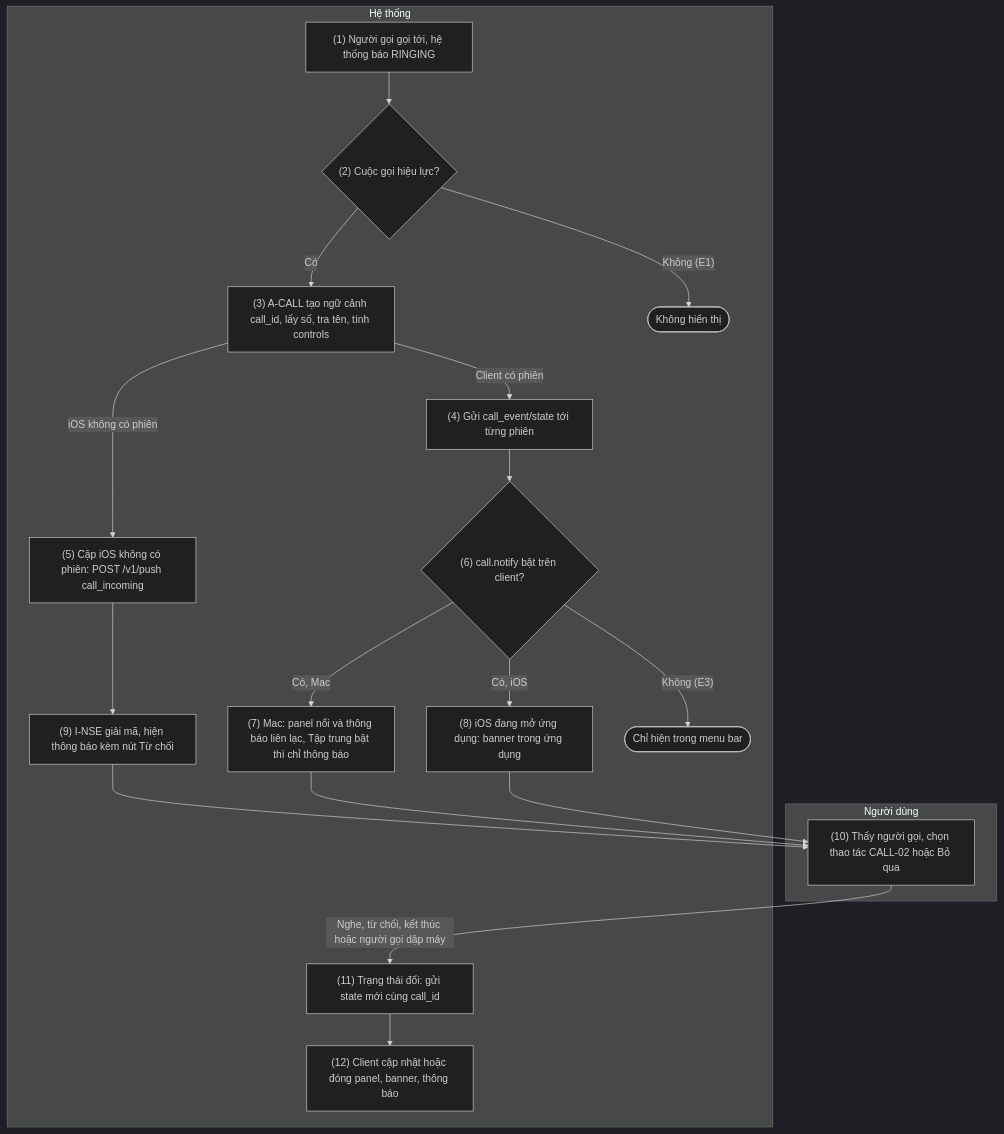
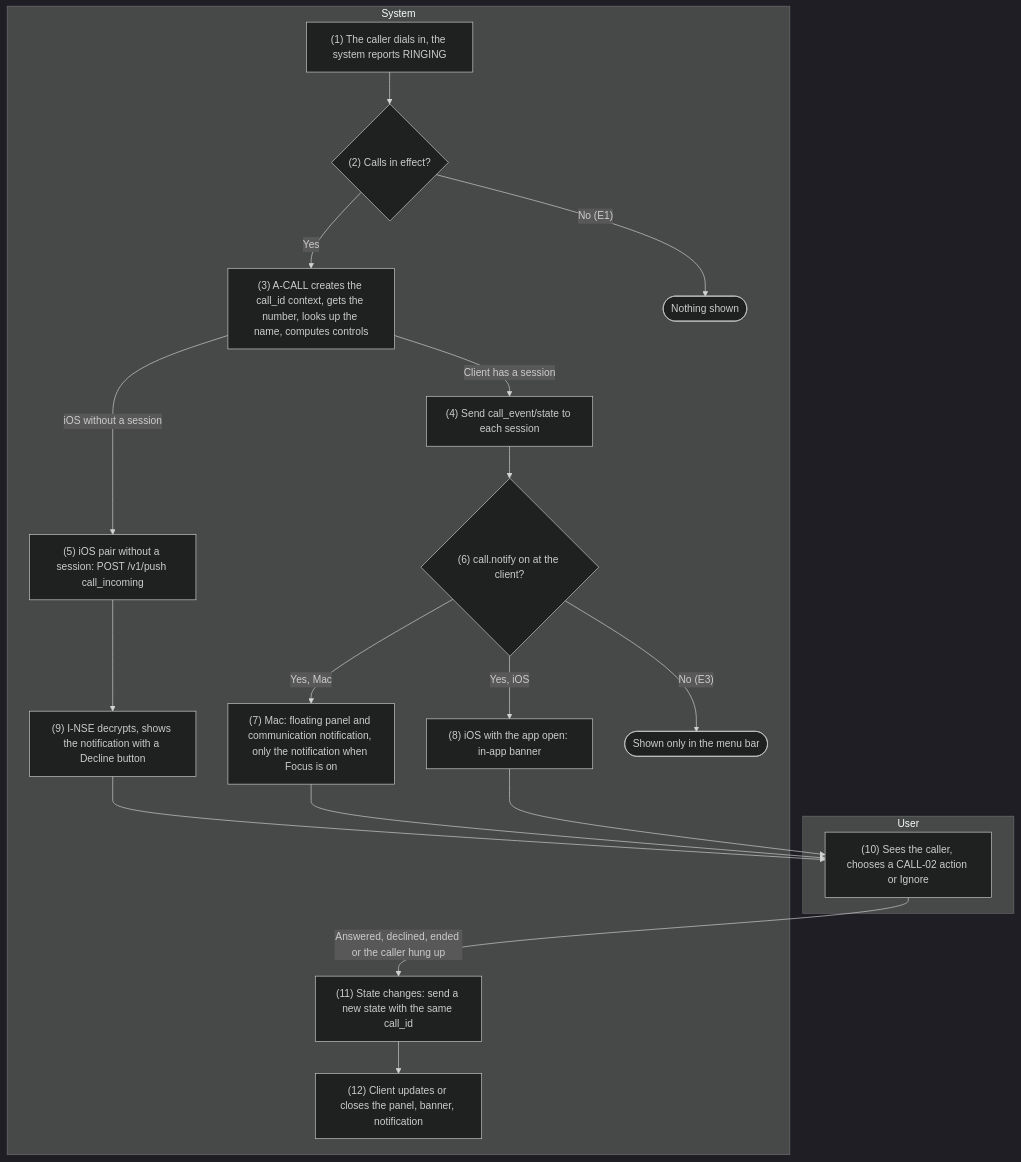
One commit to HandLive/handlive changed the first of 4 diagrams in docs/detailed-design/06-call-control.md. Above: the diagram before and after it, drawn with Mermaid (dark theme). The commit also changed other lines of this file and 1 other file, not shown here.

Commit message:
docs: translate docs/detailed-design/06-call-control.md into English

````diff
--- a/docs/detailed-design/06-call-control.md
+++ b/docs/detailed-design/06-call-control.md
@@ -66,30 +70,30 @@
 ```mermaid
 flowchart TB
-  subgraph ND["Người dùng"]
-    U10["(10) Thấy người gọi, chọn thao tác CALL-02 hoặc Bỏ qua"]
+  subgraph ND["User"]
+    U10["(10) Sees the caller, chooses a CALL-02 action or Ignore"]
   end
-  subgraph HT["Hệ thống"]
-    S1["(1) Người gọi gọi tới, hệ thống báo RINGING"]
-    D2{"(2) Cuộc gọi hiệu lực?"}
-    S3["(3) A-CALL tạo ngữ cảnh call_id, lấy số, tra tên, tính controls"]
-    S4["(4) Gửi call_event/state tới từng phiên"]
-    S5["(5) Cặp iOS không có phiên: POST /v1/push call_incoming"]
-    D6{"(6) call.notify bật trên client?"}
-    S7["(7) Mac: panel nổi và thông báo liên lạc, Tập trung bật thì chỉ thông báo"]
-    S8["(8) iOS đang mở ứng dụng: banner trong ứng dụng"]
-    S9["(9) I-NSE giải mã, hiện thông báo kèm nút Từ chối"]
-    S11["(11) Trạng thái đổi: gửi state mới cùng call_id"]
-    S12["(12) Client cập nhật hoặc đóng panel, banner, thông báo"]
-    X1(["Không hiển thị"])
-    X2(["Chỉ hiện trong menu bar"])
+  subgraph HT["System"]
+    S1["(1) The caller dials in, the system reports RINGING"]
+    D2{"(2) Calls in effect?"}
+    S3["(3) A-CALL creates the call_id context, gets the number, looks up the name, computes controls"]
+    S4["(4) Send call_event/state to each session"]
+    S5["(5) iOS pair without a session: POST /v1/push call_incoming"]
+    D6{"(6) call.notify on at the client?"}
+    S7["(7) Mac: floating panel and communication notification, only the notification when Focus is on"]
+    S8["(8) iOS with the app open: in-app banner"]
+    S9["(9) I-NSE decrypts, shows the notification with a Decline button"]
+    S11["(11) State changes: send a new state with the same call_id"]
+    S12["(12) Client updates or closes the panel, banner, notification"]
+    X1(["Nothing shown"])
+    X2(["Shown only in the menu bar"])
   end
   S1 --> D2
-  D2 -- "Không (E1)" --> X1
-  D2 -- "Có" --> S3
-  S3 -- "Client có phiên" --> S4 --> D6
-  S3 -- "iOS không có phiên" --> S5 --> S9 --> U10
-  D6 -- "Có, Mac" --> S7 --> U10
-  D6 -- "Có, iOS" --> S8 --> U10
-  D6 -- "Không (E3)" --> X2
-  U10 -- "Nghe, từ chối, kết thúc hoặc người gọi dập máy" --> S11 --> S12
+  D2 -- "No (E1)" --> X1
+  D2 -- "Yes" --> S3
+  S3 -- "Client has a session" --> S4 --> D6
+  S3 -- "iOS without a session" --> S5 --> S9 --> U10
+  D6 -- "Yes, Mac" --> S7 --> U10
+  D6 -- "Yes, iOS" --> S8 --> U10
+  D6 -- "No (E3)" --> X2
+  U10 -- "Answered, declined, ended or the caller hung up" --> S11 --> S12
 ```
````
